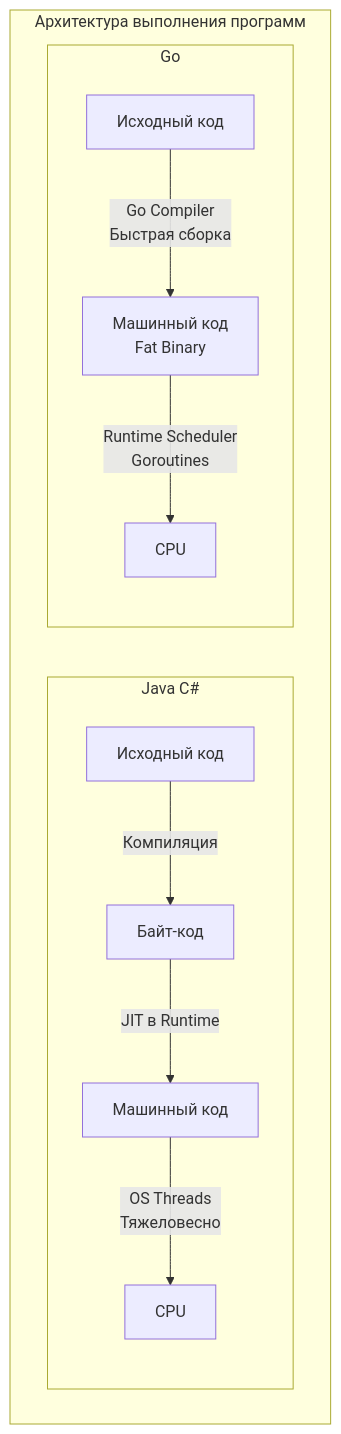
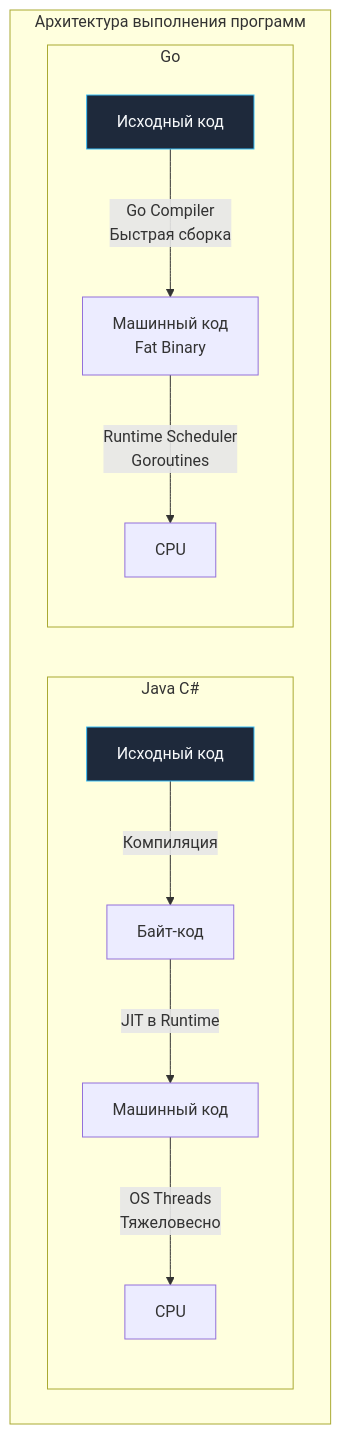
One commit to UnrealTemplier/go-textbook changed the diagram in sources/4. История и философия Go/1. Обзор раздела. Что такое Go и почему он появился.md. Above: the diagram before and after it, drawn with Mermaid. The commit also changed 1666 other files, not shown here.

First line of the commit message:
feat(mermaid): add semantic color classDef to 1369 colorless flowchart/graph diagrams

````diff
--- a/sources/4. История и философия Go/1. Обзор раздела. Что такое Go и почему он появился.md
+++ b/sources/4. История и философия Go/1. Обзор раздела. Что такое Go и почему он появился.md
@@ -29,15 +29,25 @@
 ```mermaid
 flowchart TD
+    classDef process  fill:#1e293b,stroke:#38bdf8,stroke-width:1px,color:#f8fafc
+    classDef success  fill:#064e3b,stroke:#34d399,stroke-width:1px,color:#f8fafc
+    classDef error    fill:#7f1d1d,stroke:#f87171,stroke-width:1px,color:#f8fafc
+    classDef warning  fill:#78350f,stroke:#fbbf24,stroke-width:1px,color:#f8fafc
+    classDef entry    fill:#1e3a5f,stroke:#38bdf8,stroke-width:2px,color:#f8fafc
+    classDef aux      fill:#334155,stroke:#64748b,stroke-width:1px,color:#f8fafc
+    classDef system   fill:#312e81,stroke:#a78bfa,stroke-width:1px,color:#f8fafc
+    classDef data     fill:#132d29,stroke:#2dd4bf,stroke-width:1px,color:#f8fafc
+    classDef network  fill:#881337,stroke:#fb7185,stroke-width:1px,color:#f8fafc
+    classDef accent   fill:#1e1b4b,stroke:#818cf8,stroke-width:1px,color:#f8fafc
     subgraph Архитектура выполнения программ
         direction LR
         subgraph Java C#
-            A1["Исходный код"] -->|"Компиляция"| B1["Байт-код"]
+            A1["Исходный код"]:::process -->|"Компиляция"| B1["Байт-код"]
             B1 -->|"JIT в Runtime"| C1["Машинный код"]
             C1 -->|"OS Threads<br>Тяжеловесно"| D1["CPU"]
         end
         subgraph Go
-            A2["Исходный код"] -->|"Go Compiler<br>Быстрая сборка"| B2["Машинный код<br>Fat Binary"]
+            A2["Исходный код"]:::process -->|"Go Compiler<br>Быстрая сборка"| B2["Машинный код<br>Fat Binary"]
             B2 -->|"Runtime Scheduler<br>Goroutines"| D2["CPU"]
         end
     end
 ```
````
